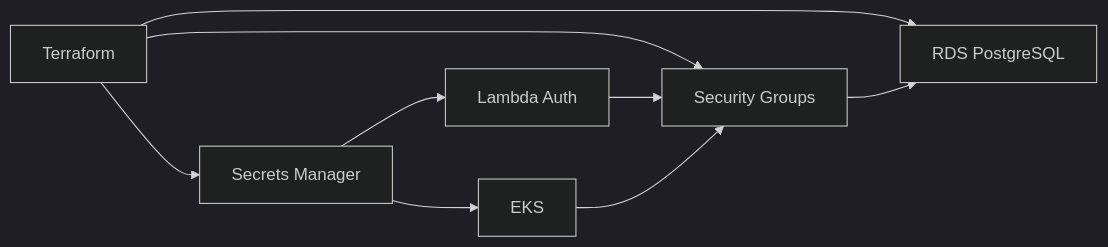
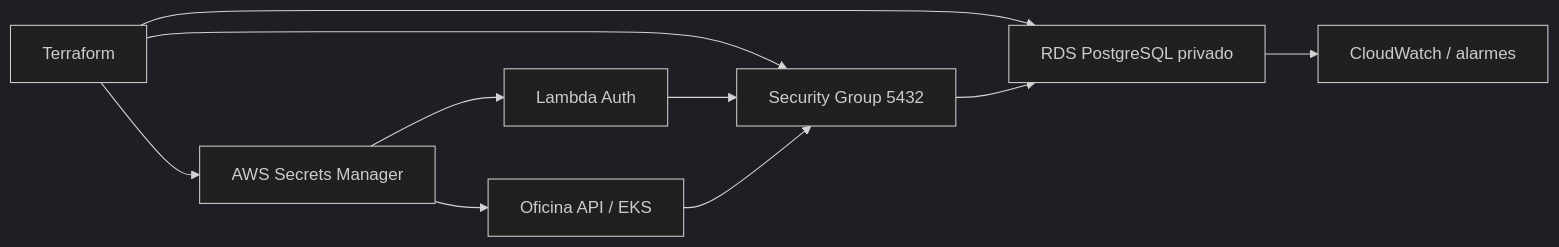
One commit to maypinheiro/oficina-database-infra changed the diagram in README.md. Above: the diagram before and after it, drawn with Mermaid (dark theme). The commit also changed other lines of this file, not shown here.

````diff
--- a/README.md
+++ b/README.md
@@ -42,11 +7,12 @@
 ```mermaid
 flowchart LR
-  Terraform["Terraform"] --> RDS["RDS PostgreSQL"]
-  Terraform --> SG["Security Groups"]
-  Terraform --> Secret["Secrets Manager"]
+  TF["Terraform"] --> RDS["RDS PostgreSQL privado"]
+  TF --> SG["Security Group 5432"]
+  TF --> Secret["AWS Secrets Manager"]
   Lambda["Lambda Auth"] --> SG
-  EKS["EKS"] --> SG
+  EKS["Oficina API / EKS"] --> SG
   SG --> RDS
   Secret --> Lambda
   Secret --> EKS
+  RDS --> CW["CloudWatch / alarmes"]
 ```
````
